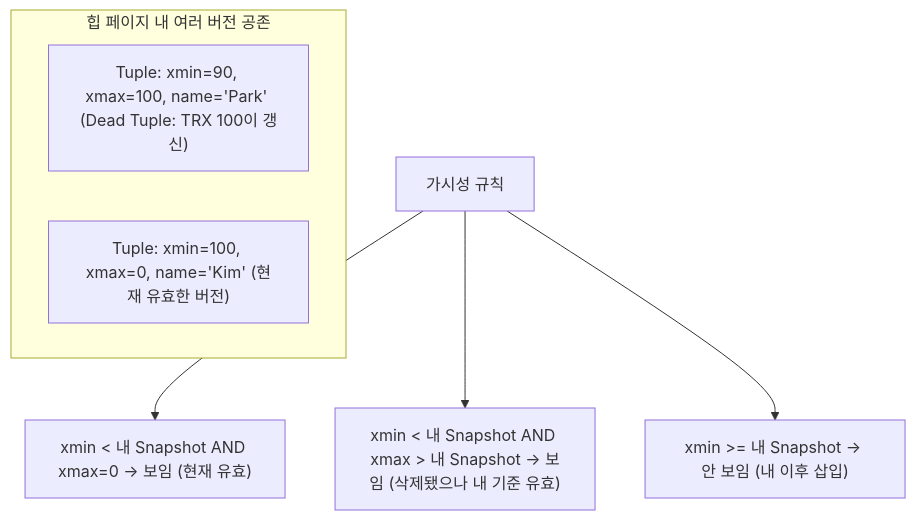
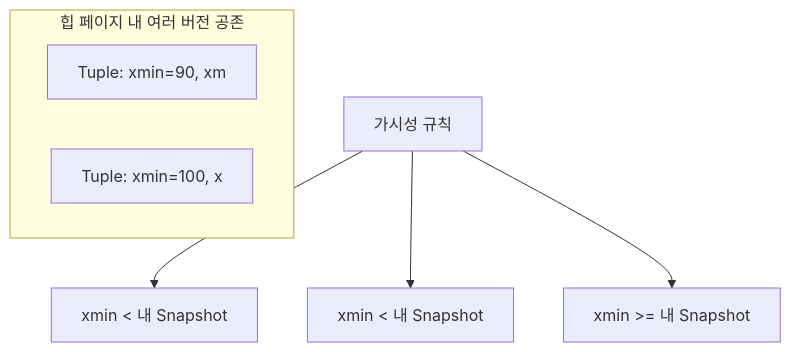
Before and after one commit to yjkim2015/yjkim2015.github.io: the eighth of 15 diagrams in _posts/db/2026-05-01-db-comparison.md, drawn with Mermaid. The commit also changed other lines of this file and 271 other files, not shown here.

First line of the commit message:
Mermaid 라벨 축소: 긴 노드 텍스트 18자 이하로 트림 + \n 제거

````diff
--- a/_posts/db/2026-05-01-db-comparison.md
+++ b/_posts/db/2026-05-01-db-comparison.md
@@ -165,10 +165,10 @@
 ```mermaid
 graph TD
     subgraph "힙 페이지 내 여러 버전 공존"
-        T1["Tuple: xmin=90, xmax=100, name='Park' (Dead Tuple: TRX 100이 갱신)"]
-        T2["Tuple: xmin=100, xmax=0, name='Kim' (현재 유효한 버전)"]
+        T1["Tuple: xmin=90, xm"]
+        T2["Tuple: xmin=100, x"]
     end
-    V["가시성 규칙"] --> V1["xmin < 내 Snapshot AND xmax=0 → 보임 (현재 유효)"]
-    V --> V2["xmin < 내 Snapshot AND xmax > 내 Snapshot → 보임 (삭제됐으나 내 기준 유효)"]
-    V --> V3["xmin >= 내 Snapshot → 안 보임 (내 이후 삽입)"]
+    V["가시성 규칙"] --> V1["xmin < 내 Snapshot"]
+    V --> V2["xmin < 내 Snapshot"]
+    V --> V3["xmin >= 내 Snapshot"]
 ```
````
